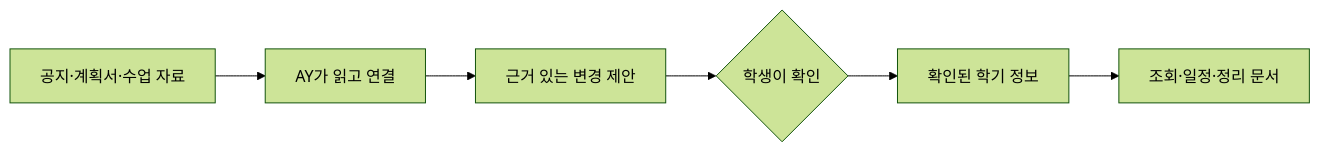
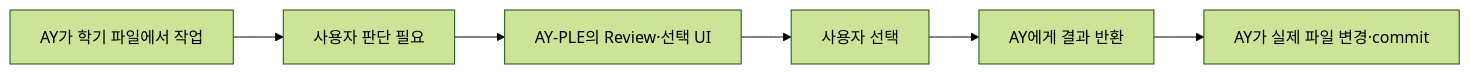
Before and after one commit to Mureung1/hub-showcase: the diagram in docs/product/ay-ple-overview.md, drawn with Mermaid (forest theme). The commit also changed other lines of this file and 19 other files, not shown here.

````diff
--- a/docs/product/ay-ple-overview.md
+++ b/docs/product/ay-ple-overview.md
@@ -17,8 +19,8 @@
 ```mermaid
 flowchart LR
-    A["공지·계획서·수업 자료"] --> B["AY가 읽고 연결"]
-    B --> C["근거 있는 변경 제안"]
-    C --> D{"학생이 확인"}
-    D --> E["확인된 학기 정보"]
-    E --> F["조회·일정·정리 문서"]
+    A["AY가 학기 파일에서 작업"] --> B["사용자 판단 필요"]
+    B --> C["AY-PLE의 Review·선택 UI"]
+    C --> D["사용자 선택"]
+    D --> E["AY에게 결과 반환"]
+    E --> F["AY가 실제 파일 변경·commit"]
 ```
````
